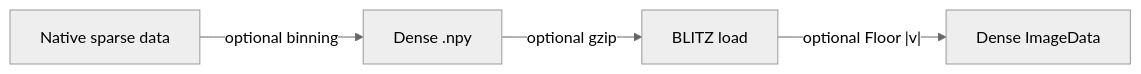
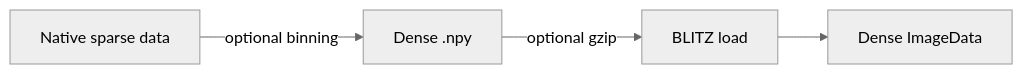
Before and after one commit to PiMaV/WETTER: the first of 2 diagrams in docs/sparse_matrices.md, drawn with Mermaid (neutral theme). The commit also changed other lines of this file and 1 other file, not shown here.

First line of the commit message:
Drop Floor and sparse ImageData from the WETTER sparse plan.

````diff
--- a/docs/sparse_matrices.md
+++ b/docs/sparse_matrices.md
@@ -18,6 +17,6 @@
 ```mermaid
 flowchart LR
-    native["Native sparse data"] -->|"optional binning"| dense["Dense .npy"]
-    dense -->|"optional gzip"| load["BLITZ load"]
-    load -->|"optional Floor |v|"| ram["Dense ImageData"]
+  native["Native sparse data"] -->|"optional binning"| dense["Dense .npy"]
+  dense -->|"optional gzip"| load["BLITZ load"]
+  load --> ram["Dense ImageData"]
 ```
````
